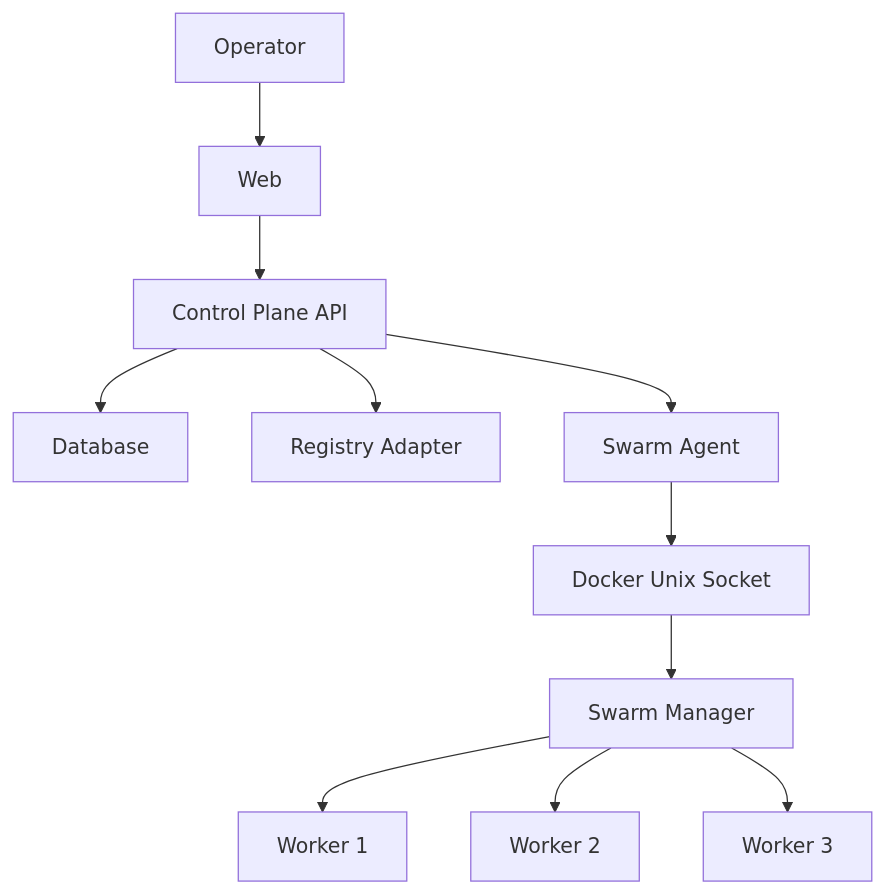
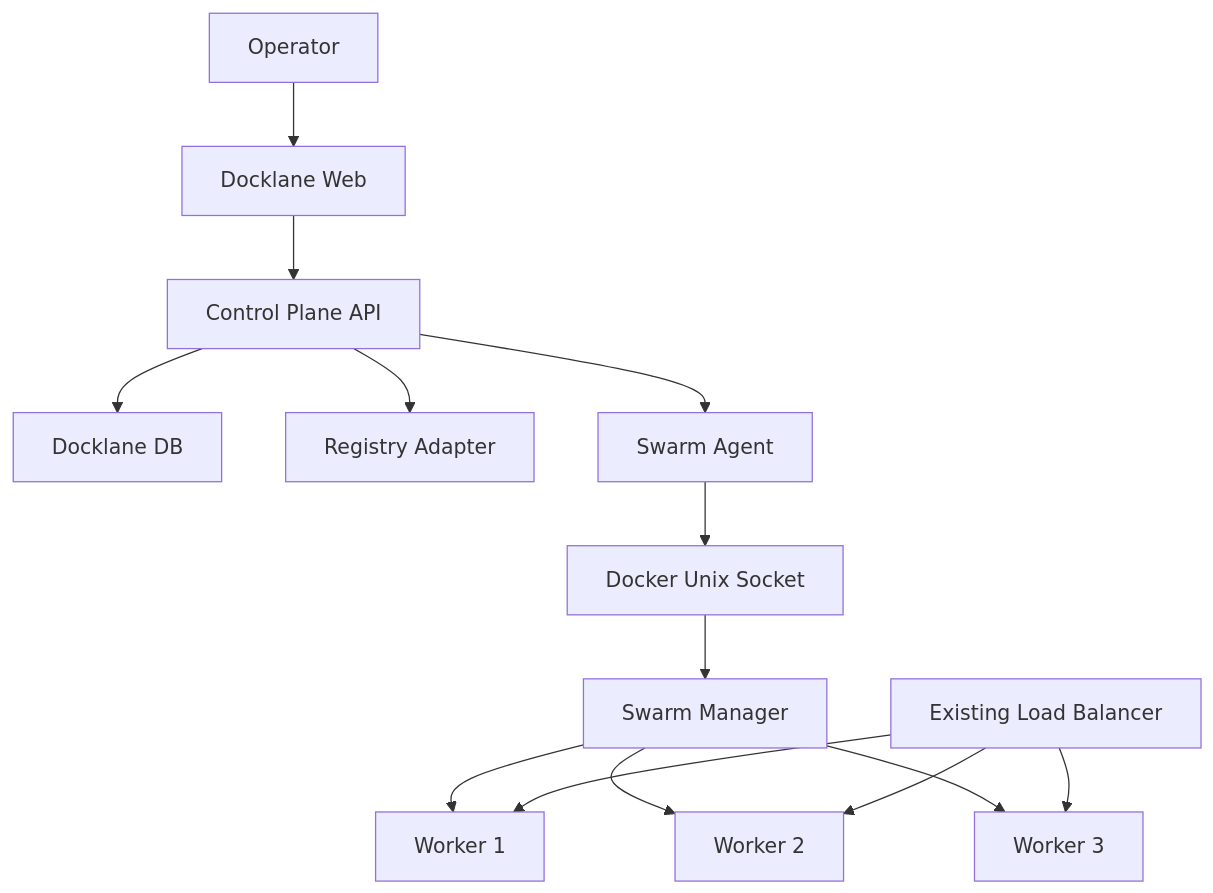
Before and after one commit to KimHG1995/Docklane: the first of 4 diagrams in docs/ARCHITECTURE.md, drawn with Mermaid. The commit also changed other lines of this file, not shown here.

Commit message:
docs: define safe mutation and reconciliation architecture

````diff
--- a/docs/ARCHITECTURE.md
+++ b/docs/ARCHITECTURE.md
@@ -7,16 +19,20 @@
-```mermaid
+~~~mermaid
 flowchart TB
-    Operator["Operator"] --> Web["Web"]
+    Operator["Operator"] --> Web["Docklane Web"]
     Web --> API["Control Plane API"]
 
-    API --> DB["Database"]
+    API --> DB["Docklane DB"]
     API --> Registry["Registry Adapter"]
     API --> Agent["Swarm Agent"]
 
     Agent --> Socket["Docker Unix Socket"]
     Socket --> Manager["Swarm Manager"]
 
     Manager --> W1["Worker 1"]
     Manager --> W2["Worker 2"]
     Manager --> W3["Worker 3"]
-```
+
+    LB["Existing Load Balancer"] --> W1
+    LB --> W2
+    LB --> W3
+~~~
````
